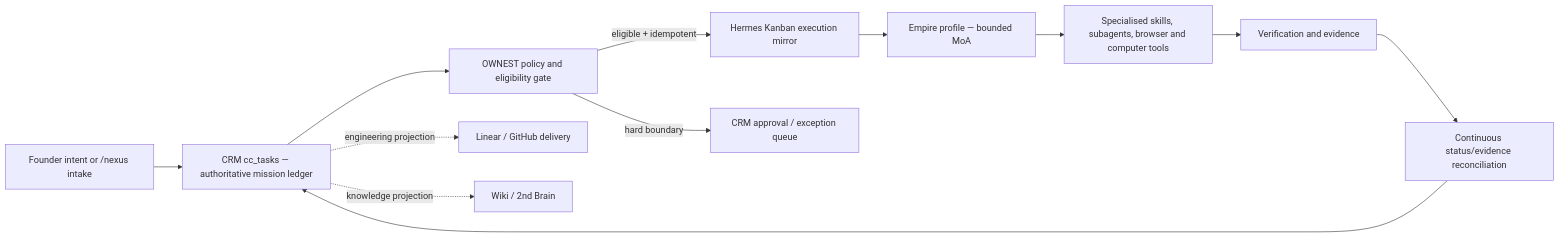
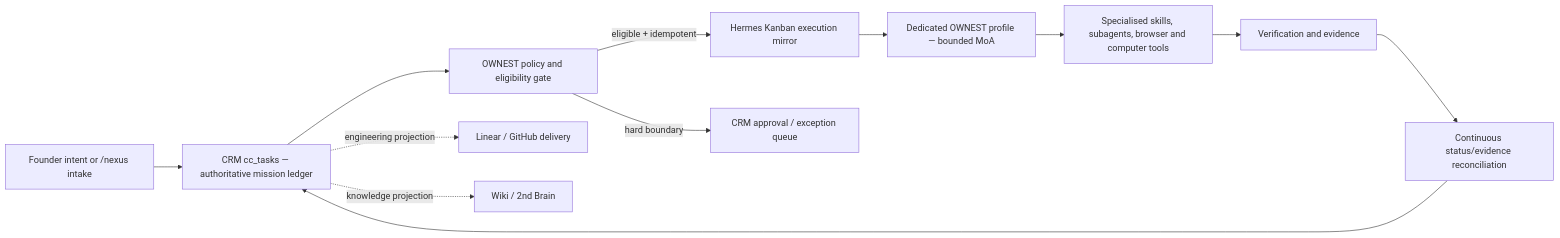
The diagram in docs/superpowers/specs/2026-07-12-crm-hermes-ownership-control-plane-design.md (CleanExpo/Unite-Group), drawn with Mermaid before and after one commit. The commit also changed other lines of this file and 6 other files, not shown here.

````diff
--- a/docs/superpowers/specs/2026-07-12-crm-hermes-ownership-control-plane-design.md
+++ b/docs/superpowers/specs/2026-07-12-crm-hermes-ownership-control-plane-design.md
@@ -58,14 +58,14 @@
 ```mermaid
 flowchart LR
     I["Founder intent or /nexus intake"] --> C["CRM cc_tasks — authoritative mission ledger"]
     C --> P["OWNEST policy and eligibility gate"]
     P -->|"eligible + idempotent"| K["Hermes Kanban execution mirror"]
     P -->|"hard boundary"| A["CRM approval / exception queue"]
-    K --> M["Empire profile — bounded MoA"]
+    K --> M["Dedicated OWNEST profile — bounded MoA"]
     M --> S["Specialised skills, subagents, browser and computer tools"]
     S --> V["Verification and evidence"]
     V --> R["Continuous status/evidence reconciliation"]
     R --> C
     C -. "engineering projection" .-> L["Linear / GitHub delivery"]
     C -. "knowledge projection" .-> W["Wiki / 2nd Brain"]
 ```
````
